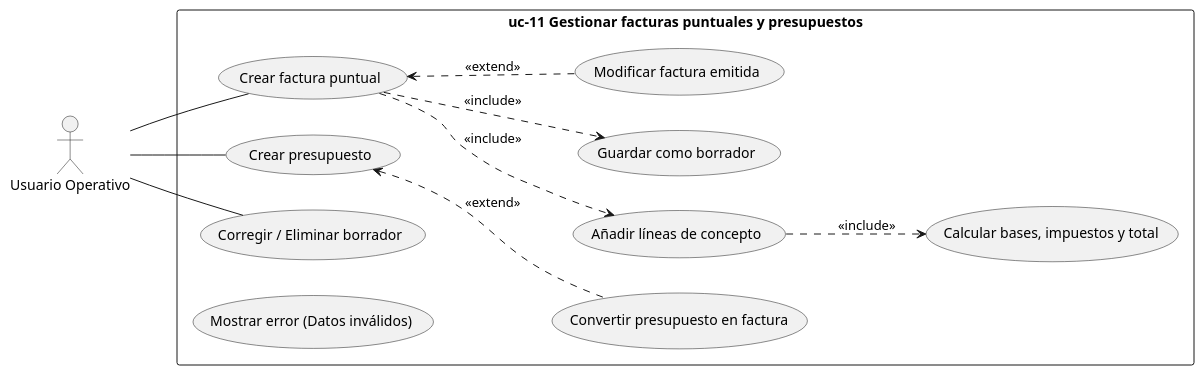
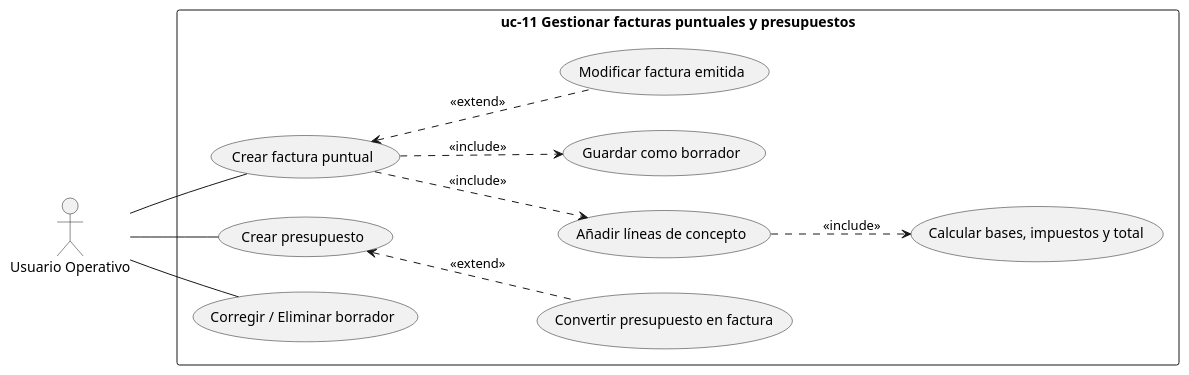
One commit to pablorv3/Hienitas-ADAP changed the diagram in doc/src/casos-uso/uc-11-gestionar-facturas-puntuales-y-presupuestos.pu. Above: the diagram before and after it, drawn with PlantUML. The commit also changed 3 other files, not shown here.

Commit message:
uml diagram user case fixes

```diff
--- a/doc/src/casos-uso/uc-11-gestionar-facturas-puntuales-y-presupuestos.pu
+++ b/doc/src/casos-uso/uc-11-gestionar-facturas-puntuales-y-presupuestos.pu
@@ -1,36 +1,35 @@
 @startuml uc-11
   left to right direction
 
 
   actor "Usuario Operativo" as UO
 
   rectangle "uc-11 Gestionar facturas puntuales y presupuestos" {
       usecase "Crear factura puntual" as CrearFactura
       usecase "Añadir líneas de concepto" as AnadirLineas
       usecase "Calcular bases, impuestos y total" as Calcular
       usecase "Guardar como borrador" as GuardarBorrador
       
       usecase "Crear presupuesto" as CrearPresupuesto
       usecase "Convertir presupuesto en factura" as ConvertirPresupuesto
       
       usecase "Corregir / Eliminar borrador" as GestionarBorrador
       
-      usecase "Mostrar error (Datos inválidos)" as ErrorDatos
-     usecase "Modificar factura emitida" as UC15
+      usecase "Modificar factura emitida" as UC15
 
   ' Relaciones del Actor Principal
   UO -- CrearFactura
   UO -- CrearPresupuesto
   UO -- GestionarBorrador
 
   ' Flujo Principal (Includes)
   CrearFactura ..> AnadirLineas : <<include>>
   AnadirLineas ..> Calcular : <<include>>
   CrearFactura ..> GuardarBorrador : <<include>>
 
   ' Flujos Alternativos (Extends y Includes)
   ConvertirPresupuesto .up.> CrearPresupuesto : <<extend>>
 
   ' Excepciones (Extends)
   UC15 .up.> CrearFactura : <<extend>>
 @enduml
```
